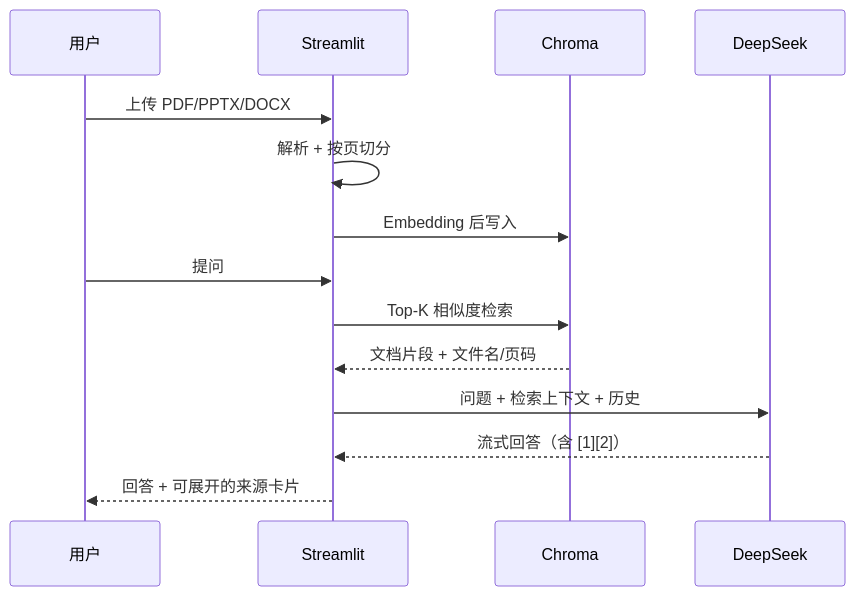
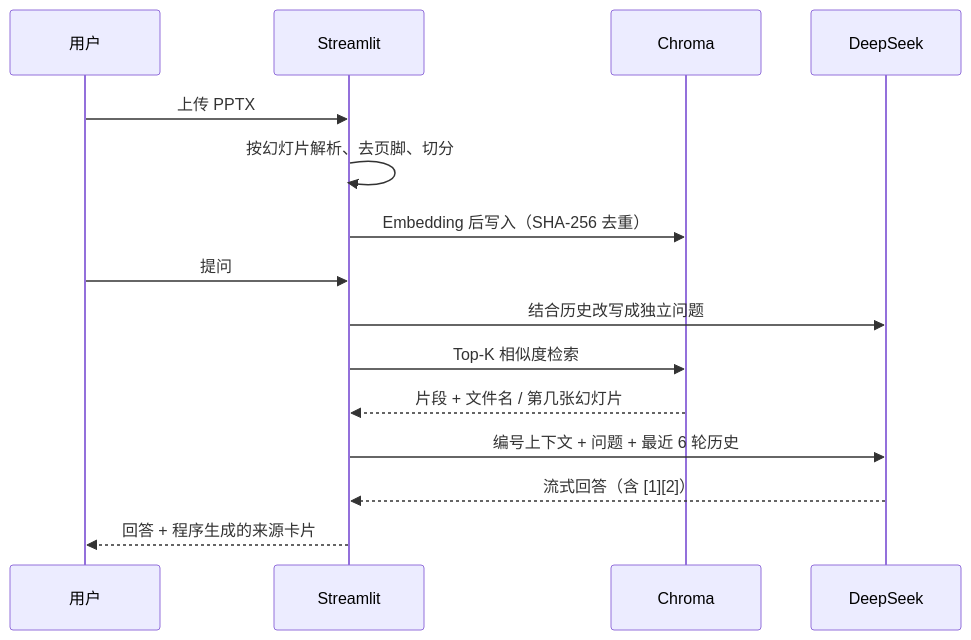
Before and after one commit to maoruiqi-hub/course-rag-ta: the second of 2 diagrams in README.md, drawn with Mermaid. The commit also changed other lines of this file and 11 other files, not shown here.

````diff
--- a/README.md
+++ b/README.md
@@ -72,16 +142,17 @@
 ```mermaid
 sequenceDiagram
     participant User as 用户
     participant UI as Streamlit
     participant KB as Chroma
     participant LLM as DeepSeek
-    User->>UI: 上传 PDF/PPTX/DOCX
-    UI->>UI: 解析 + 按页切分
-    UI->>KB: Embedding 后写入
+    User->>UI: 上传 PPTX
+    UI->>UI: 按幻灯片解析、去页脚、切分
+    UI->>KB: Embedding 后写入（SHA-256 去重）
     User->>UI: 提问
+    UI->>LLM: 结合历史改写成独立问题
     UI->>KB: Top-K 相似度检索
-    KB-->>UI: 文档片段 + 文件名/页码
-    UI->>LLM: 问题 + 检索上下文 + 历史
+    KB-->>UI: 片段 + 文件名 / 第几张幻灯片
+    UI->>LLM: 编号上下文 + 问题 + 最近 6 轮历史
     LLM-->>UI: 流式回答（含 [1][2]）
-    UI-->>User: 回答 + 可展开的来源卡片
+    UI-->>User: 回答 + 程序生成的来源卡片
 ```
````
